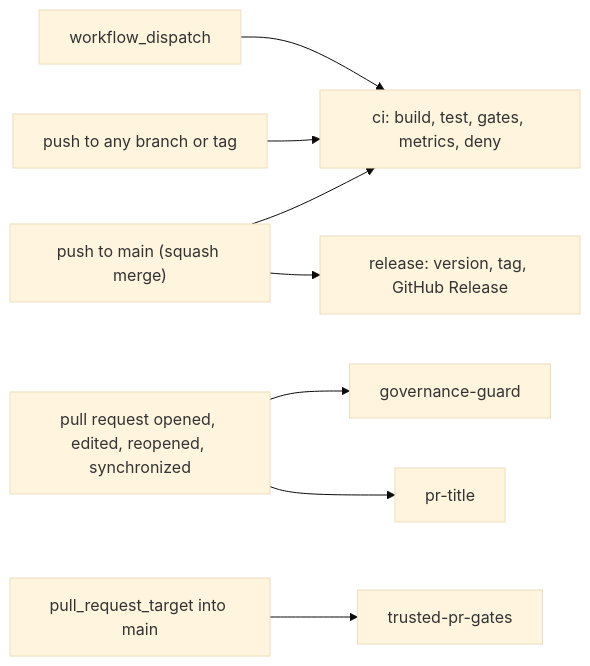
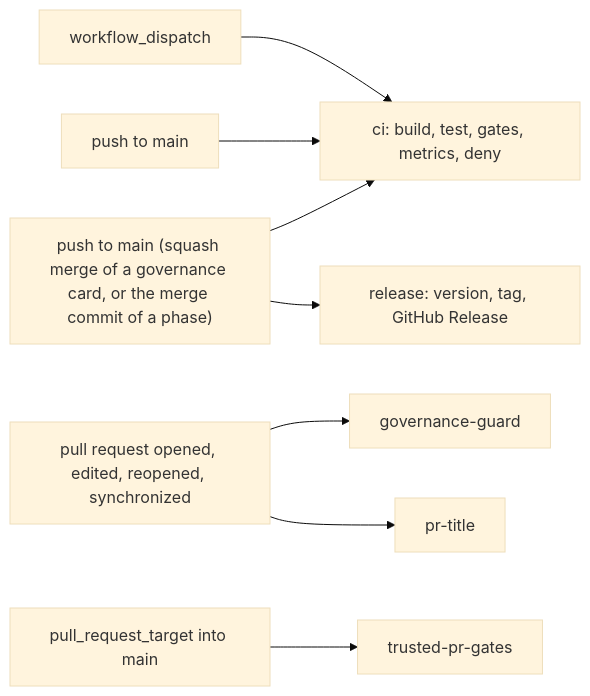
One commit to giamat90/DuckEngine changed the first of 7 diagrams in wiki/workflow/ci-diagrams.md. Above: the diagram before and after it, drawn with Mermaid (base theme). The commit also changed other lines of this file and 12 other files, not shown here.

````diff
--- a/wiki/workflow/ci-diagrams.md
+++ b/wiki/workflow/ci-diagrams.md
@@ -13,19 +13,19 @@
 ```mermaid
 flowchart LR
-  push["push to any branch or tag"]
+  push["push to main"]
   pr["pull request opened, edited, reopened, synchronized"]
   prt["pull_request_target into main"]
-  main["push to main (squash merge)"]
+  main["push to main (squash merge of a governance card, or the merge commit of a phase)"]
   manual["workflow_dispatch"]
 
   push --> ci
   manual --> ci
   pr --> title["pr-title"]
   pr --> guard["governance-guard"]
   prt --> trusted["trusted-pr-gates"]
   main --> release
   main --> ci
 
   ci["ci: build, test, gates, metrics, deny"]
   release["release: version, tag, GitHub Release"]
 ```
````
